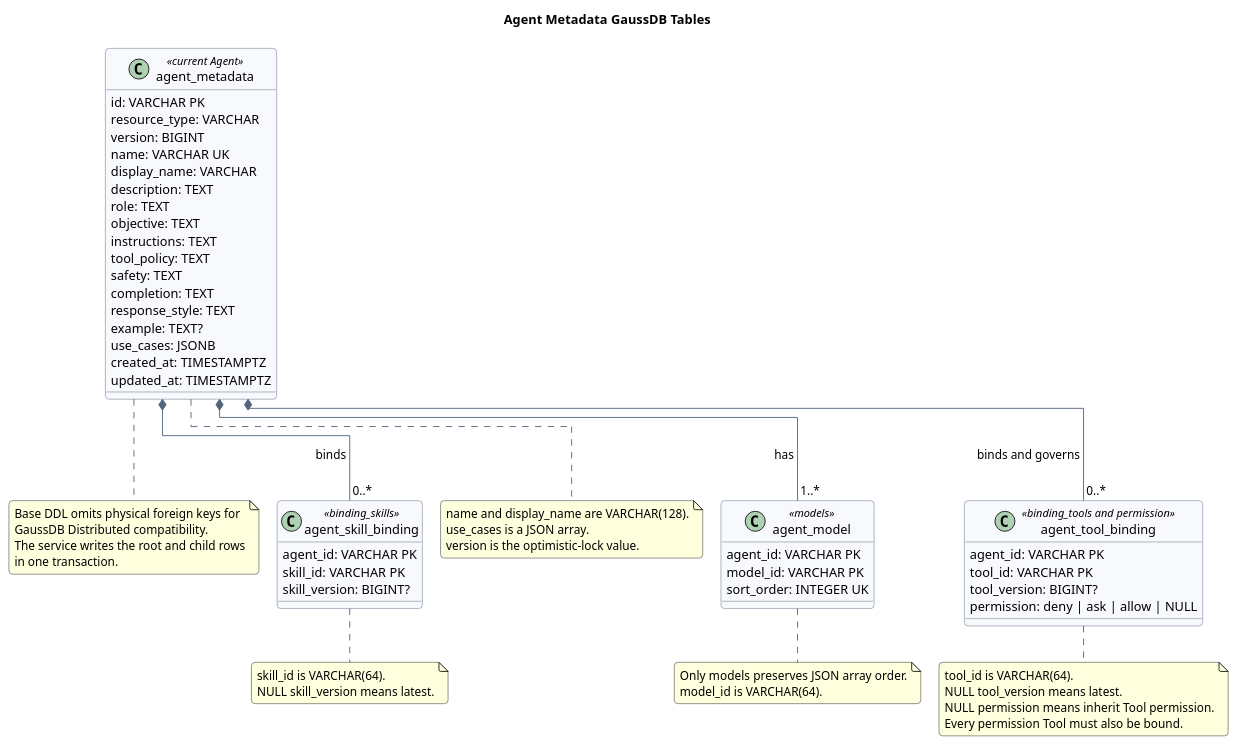
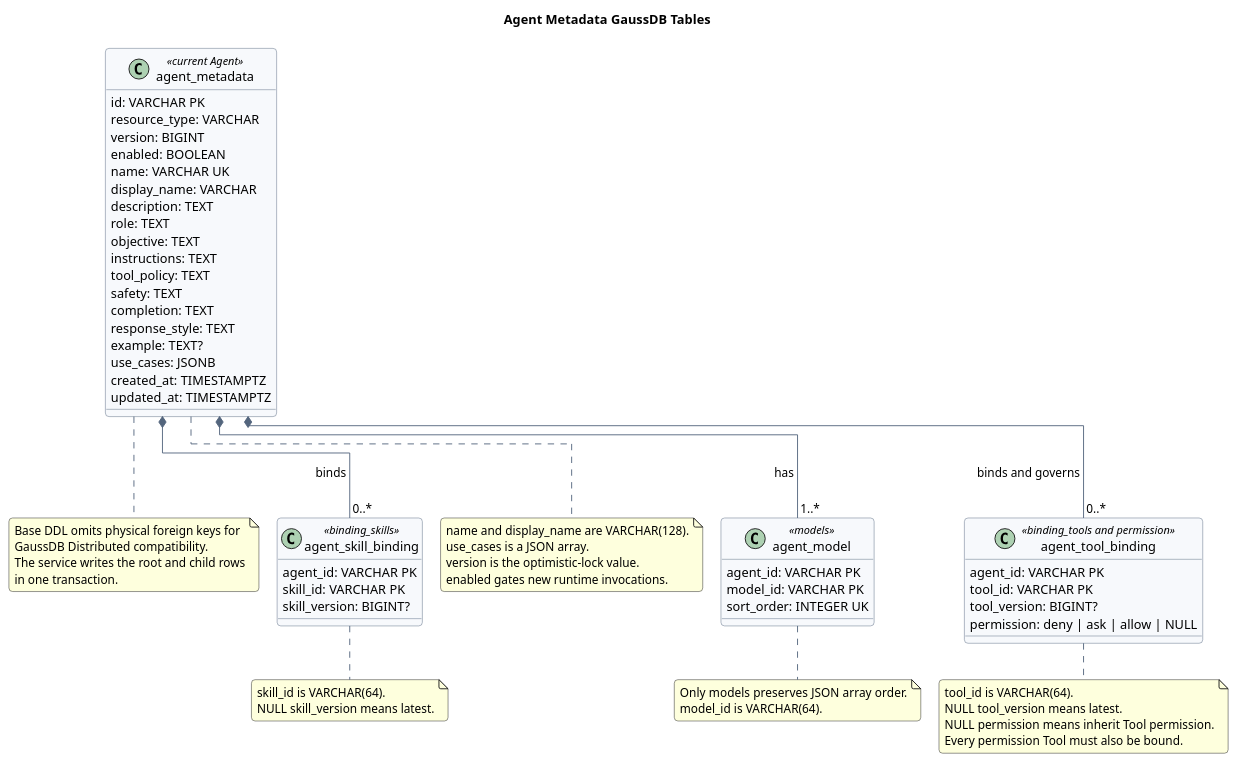
Before and after one commit to superheromeZzh/pi-mono-java-design: the diagram in agent-metadata-gaussdb-design/diagram.puml, drawn with PlantUML. The commit also changed other lines of this file and 3 other files, not shown here.

Commit message:
docs(agent): add enabled metadata field

```diff
--- a/agent-metadata-gaussdb-design/diagram.puml
+++ b/agent-metadata-gaussdb-design/diagram.puml
@@ -6,104 +6,106 @@
 @startuml agent_metadata_gaussdb_model
 !pragma layout elk
 title Agent Metadata GaussDB Tables
 top to bottom direction
 
 skinparam backgroundColor #FFFFFF
 skinparam shadowing false
 skinparam roundcorner 8
 skinparam nodesep 45
 skinparam ranksep 50
 skinparam ArrowColor #53657D
 skinparam ClassBorderColor #53657D
 skinparam ClassBackgroundColor #F7F9FC
 skinparam classAttributeIconSize 0
 
 ' Source evidence:
 ' - Repository-relative path, Git-escaped:
-'   "AGENT\345\205\203\346\225\260\346\215\256\350\256\276\350\256\241.json":2-46.
-' - Fields at lines 2-23 map to agent_metadata; use_cases is JSONB.
-' - models at line 10 maps to the only ordered child table.
-' - Tool binding and permission fields at lines 24-29 and 36-46 are merged.
-' - Skill bindings at lines 30-35 have no order column.
+'   "AGENT\345\205\203\346\225\260\346\215\256\350\256\276\350\256\241.json":2-47.
+' - Fields at lines 2-24 map to agent_metadata; enabled is Boolean.
+' - models at line 11 maps to the only ordered child table.
+' - Tool binding and permission fields at lines 25-30 and 37-47 are merged.
+' - Skill bindings at lines 31-36 have no order column.
 ' Observed behavior: the current JSON is a current-state Agent resource with a
 ' monotonically increasing version and no separate history resource.
 ' Design reason: fixed scalar and system prompt fields use typed columns,
 ' use_cases remains one JSON array, and independently queried references use tables.
 ' Product constraint: only model order is persisted; Tool and Skill order is not.
 ' GaussDB divergence: physical foreign keys are optional because GaussDB
 ' Distributed does not support them; the base DDL uses logical relationships.
 
 class agent_metadata <<current Agent>> {
   id: VARCHAR PK
   resource_type: VARCHAR
   version: BIGINT
+  enabled: BOOLEAN
   name: VARCHAR UK
   display_name: VARCHAR
   description: TEXT
   role: TEXT
   objective: TEXT
   instructions: TEXT
   tool_policy: TEXT
   safety: TEXT
   completion: TEXT
   response_style: TEXT
   example: TEXT?
   use_cases: JSONB
   created_at: TIMESTAMPTZ
   updated_at: TIMESTAMPTZ
 }
 
 class agent_model <<models>> {
   agent_id: VARCHAR PK
   model_id: VARCHAR PK
   sort_order: INTEGER UK
 }
 
 class agent_tool_binding <<binding_tools and permission>> {
   agent_id: VARCHAR PK
   tool_id: VARCHAR PK
   tool_version: BIGINT?
   permission: deny | ask | allow | NULL
 }
 
 class agent_skill_binding <<binding_skills>> {
   agent_id: VARCHAR PK
   skill_id: VARCHAR PK
   skill_version: BIGINT?
 }
 
 agent_metadata *-- "1..*" agent_model : has
 agent_metadata *-- "0..*" agent_tool_binding : binds and governs
 agent_metadata *-- "0..*" agent_skill_binding : binds
 
 note right of agent_metadata
 name and display_name are VARCHAR(128).
 use_cases is a JSON array.
 version is the optimistic-lock value.
+enabled gates new runtime invocations.
 end note
 
 note right of agent_model
 Only models preserves JSON array order.
 model_id is VARCHAR(64).
 end note
 
 note bottom of agent_tool_binding
 tool_id is VARCHAR(64).
 NULL tool_version means latest.
 NULL permission means inherit Tool permission.
 Every permission Tool must also be bound.
 end note
 
 note bottom of agent_skill_binding
 skill_id is VARCHAR(64).
 NULL skill_version means latest.
 end note
 
 note bottom of agent_metadata
 Base DDL omits physical foreign keys for
 GaussDB Distributed compatibility.
 The service writes the root and child rows
 in one transaction.
 end note
 
 @enduml
```
